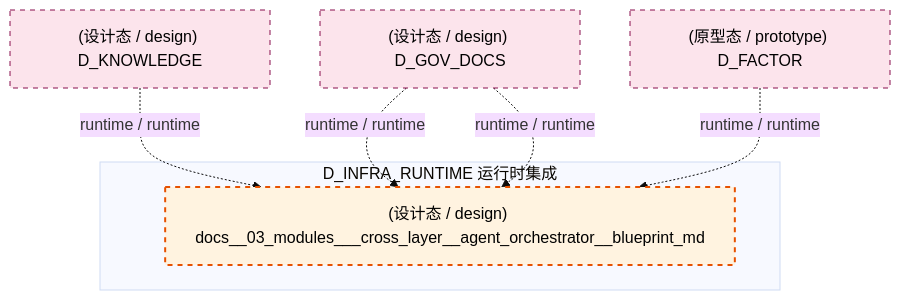
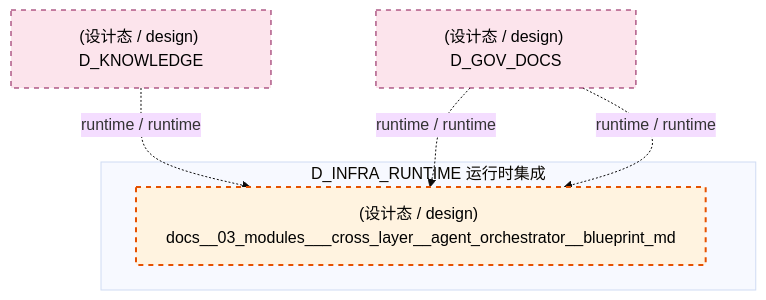
The eighth of 10 diagrams in docs/02_enterprise_architecture/02_domain_architecture_docs/04_d_infra_runtime.md (xuanFelixVan/ZephyrAlpha), drawn with Mermaid (base theme) before and after one commit. The commit also changed other lines of this file and 97 other files, not shown here.

````diff
--- a/docs/02_enterprise_architecture/02_domain_architecture_docs/04_d_infra_runtime.md
+++ b/docs/02_enterprise_architecture/02_domain_architecture_docs/04_d_infra_runtime.md
@@ -1044,19 +1042,17 @@
 ```mermaid
 graph TD
     subgraph D_INFRA_RUNTIME["D_INFRA_RUNTIME 运行时集成"]
         docs_03_modules_cross_layer_agent_orchestrator_blueprint_md["(设计态 / design) docs__03_modules___cross_layer__agent_orchestrator__blueprint_md"]
     end
     D_KNOWLEDGE["(设计态 / design) D_KNOWLEDGE"]
     D_KNOWLEDGE -.->|runtime / runtime| docs_03_modules_cross_layer_agent_orchestrator_blueprint_md
     D_GOV_DOCS["(设计态 / design) D_GOV_DOCS"]
     D_GOV_DOCS -.->|runtime / runtime| docs_03_modules_cross_layer_agent_orchestrator_blueprint_md
     D_GOV_DOCS -.->|runtime / runtime| docs_03_modules_cross_layer_agent_orchestrator_blueprint_md
-    D_FACTOR["(原型态 / prototype) D_FACTOR"]
-    D_FACTOR -.->|runtime / runtime| docs_03_modules_cross_layer_agent_orchestrator_blueprint_md
     classDef production fill:#e1f5fe,stroke:#01579b,stroke-width:2px,color:#000
     classDef design fill:#fff3e0,stroke:#e65100,stroke-width:2px,color:#000,stroke-dasharray: 5 5
     classDef external_prod fill:#e8f5e9,stroke:#1b5e20,stroke-width:1px,color:#000
     classDef external_design fill:#fce4ec,stroke:#880e4f,stroke-width:1px,color:#000,stroke-dasharray: 5 5
     class docs_03_modules_cross_layer_agent_orchestrator_blueprint_md design
-    class D_KNOWLEDGE,D_GOV_DOCS,D_FACTOR external_design
+    class D_KNOWLEDGE,D_GOV_DOCS external_design
 ```
````
